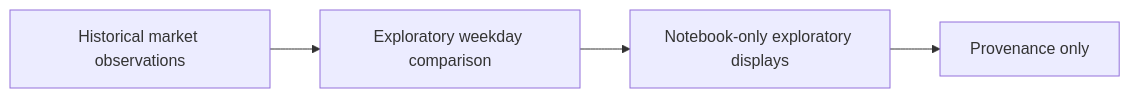
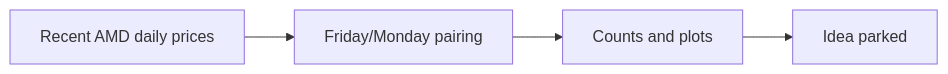
Before and after one commit to Ferreter/Dissertation: the diagram in docs/notebooks/legacy/03_amd-monday.md, drawn with Mermaid. The commit also changed other lines of this file and 27 other files, not shown here.

````diff
--- a/docs/notebooks/legacy/03_amd-monday.md
+++ b/docs/notebooks/legacy/03_amd-monday.md
@@ -12,6 +13,6 @@
 ```mermaid
 flowchart LR
-    A["Historical market observations"] --> B["Exploratory weekday comparison"]
-    B --> C["Notebook-only exploratory displays"]
-    C --> D["Provenance only"]
+    A["Recent AMD daily prices"] --> B["Friday/Monday pairing"]
+    B --> C["Counts and plots"]
+    C --> D["Idea parked"]
 ```
````
